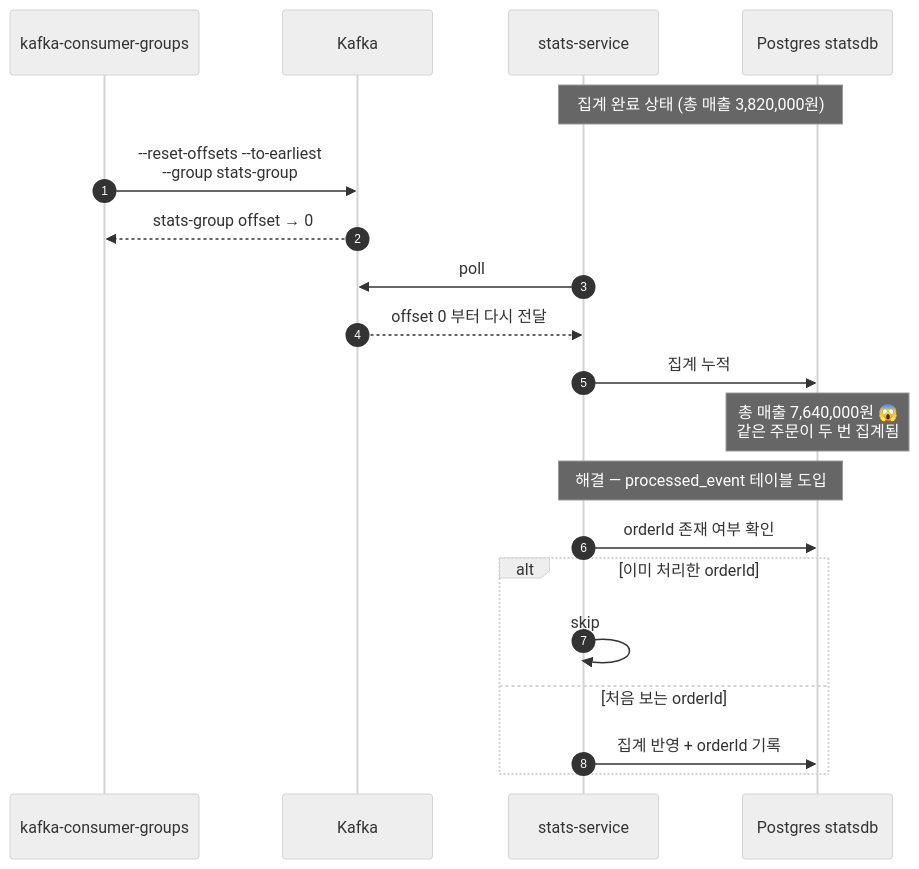
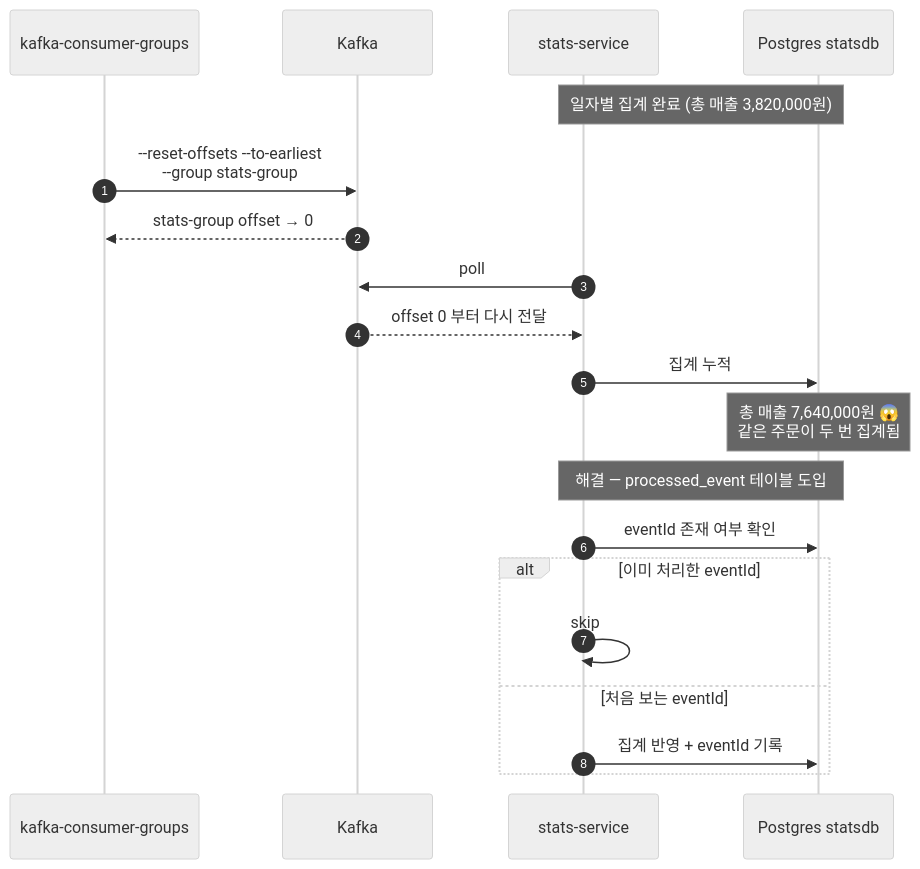
The fourth of 6 diagrams in docs/planning/02-architecture.md (ytw9699/kafka_study), drawn with Mermaid (neutral theme) before and after one commit. The commit also changed other lines of this file and 10 other files, not shown here.

````diff
--- a/docs/planning/02-architecture.md
+++ b/docs/planning/02-architecture.md
@@ -184,26 +184,26 @@
 ```mermaid
 sequenceDiagram
     autonumber
     participant CLI as kafka-consumer-groups
     participant K as Kafka
     participant SS as stats-service
     participant DB as Postgres statsdb
 
-    Note over SS,DB: 집계 완료 상태 (총 매출 3,820,000원)
+    Note over SS,DB: 일자별 집계 완료 (총 매출 3,820,000원)
 
     CLI->>K: --reset-offsets --to-earliest<br/>--group stats-group
     K-->>CLI: stats-group offset → 0
 
     SS->>K: poll
     K-->>SS: offset 0 부터 다시 전달
     SS->>DB: 집계 누적
     Note over DB: 총 매출 7,640,000원 😱<br/>같은 주문이 두 번 집계됨
 
     Note over SS,DB: 해결 — processed_event 테이블 도입
-    SS->>DB: orderId 존재 여부 확인
-    alt 이미 처리한 orderId
+    SS->>DB: eventId 존재 여부 확인
+    alt 이미 처리한 eventId
         SS->>SS: skip
-    else 처음 보는 orderId
-        SS->>DB: 집계 반영 + orderId 기록
+    else 처음 보는 eventId
+        SS->>DB: 집계 반영 + eventId 기록
     end
 ```
````
